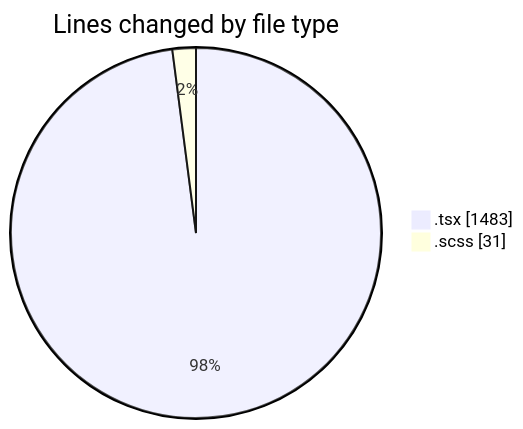
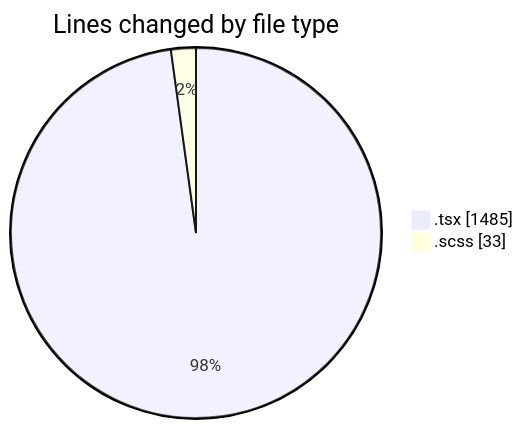
Before and after one commit to momahboobian/code-tracking: the first of 2 diagrams in 2026-10-20/cda/README.md, drawn with Mermaid. The commit also changed other lines of this file and 1 other file, not shown here.

````diff
--- a/2026-10-20/cda/README.md
+++ b/2026-10-20/cda/README.md
@@ -24,6 +24,6 @@
 ```mermaid
 pie showData
 title Lines changed by file type
-".tsx" : 1483
-".scss" : 31
+".tsx" : 1485
+".scss" : 33
 ```
````
